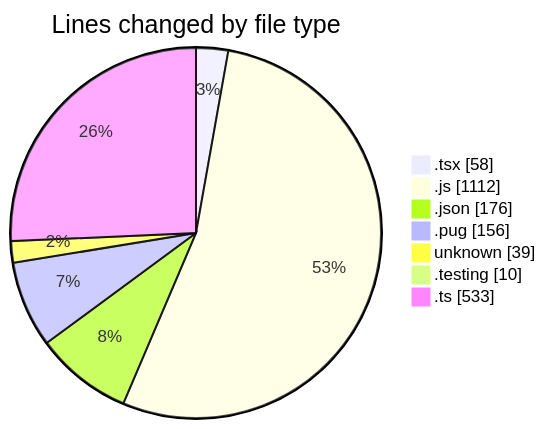
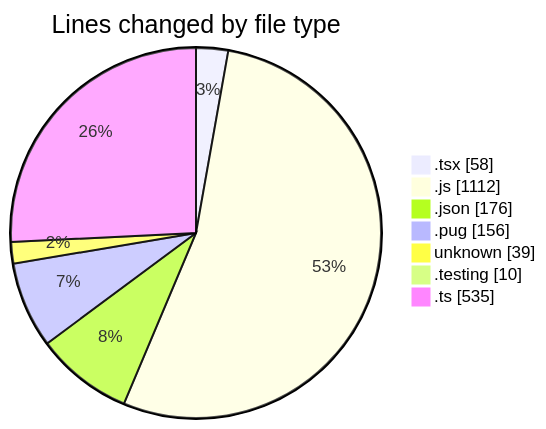
One commit to momahboobian/code-tracking changed the first of 2 diagrams in 2025-03-07/cda/README.md. Above: the diagram before and after it, drawn with Mermaid. The commit also changed other lines of this file and 1 other file, not shown here.

````diff
--- a/2025-03-07/cda/README.md
+++ b/2025-03-07/cda/README.md
@@ -34,11 +34,11 @@
 ```mermaid
 pie showData
 title Lines changed by file type
 ".tsx" : 58
 ".js" : 1112
 ".json" : 176
 ".pug" : 156
 "unknown" : 39
 ".testing" : 10
-".ts" : 533
+".ts" : 535
 ```
````
